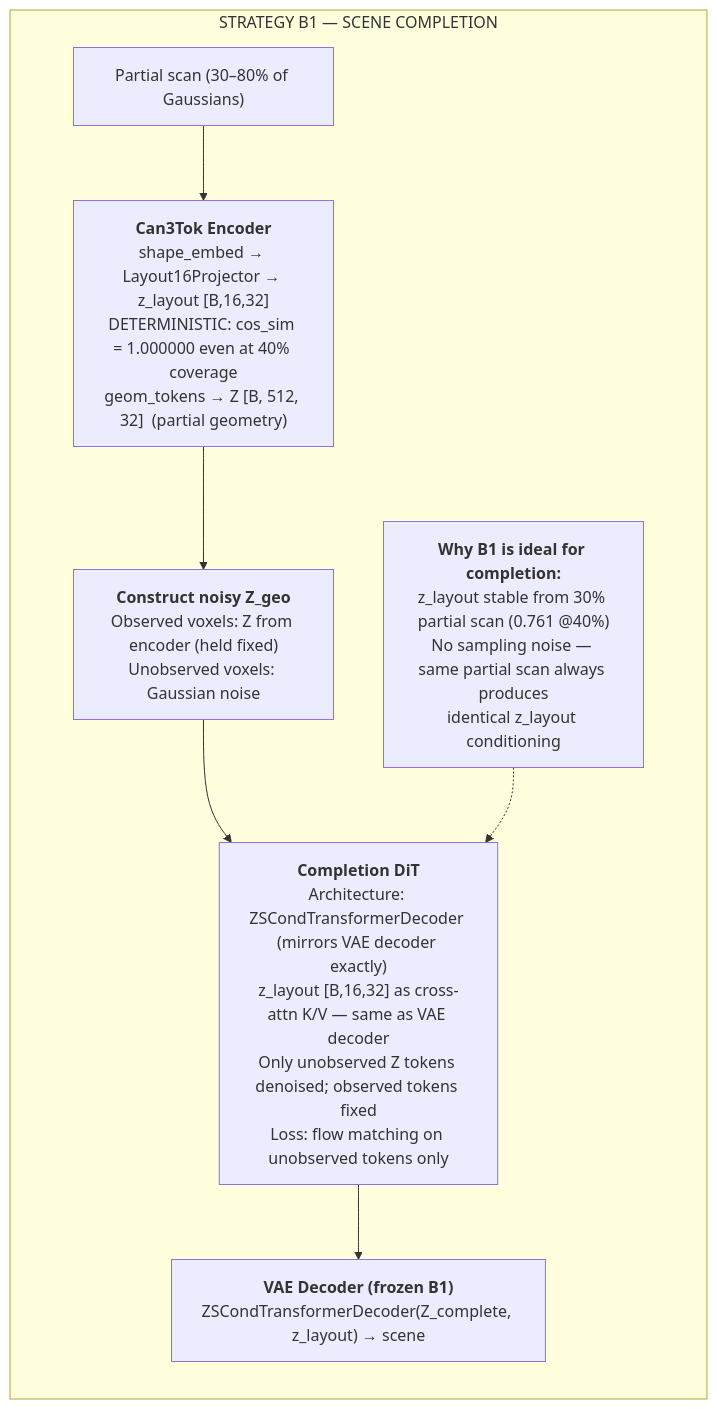
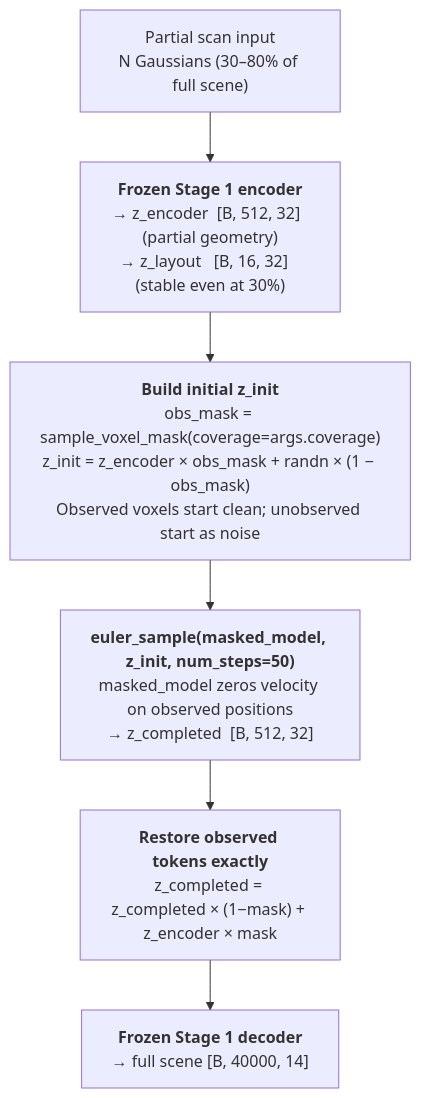
The ninth of 9 diagrams in stage2/README_STAGE2.MD (Hafeezmhk7/Semantic-Scene-Completion), drawn with Mermaid before and after one commit. The commit also changed other lines of this file, not shown here.

Commit message:
Adding readme file for stage 2

````diff
--- a/stage2/README_STAGE2.MD
+++ b/stage2/README_STAGE2.MD
@@ -672,14 +546,16 @@
 ```mermaid
 flowchart TD
-    subgraph B1_COMP["STRATEGY B1 — SCENE COMPLETION"]
-        direction TB
-        PARTIAL_B["Partial scan (30–80% of Gaussians)"]
-        ENC_B["<b>Can3Tok Encoder</b><br/>shape_embed → Layout16Projector → z_layout [B,16,32]<br/>DETERMINISTIC: cos_sim = 1.000000 even at 40% coverage<br/>geom_tokens → Z [B, 512, 32]  (partial geometry)"]
-        MASK_B["<b>Construct noisy Z_geo</b><br/>Observed voxels: Z from encoder (held fixed)<br/>Unobserved voxels: Gaussian noise"]
-        INPAINT_B["<b>Completion DiT</b><br/>Architecture: ZSCondTransformerDecoder (mirrors VAE decoder exactly)<br/>z_layout [B,16,32] as cross-attn K/V — same as VAE decoder<br/>Only unobserved Z tokens denoised; observed tokens fixed<br/>Loss: flow matching on unobserved tokens only"]
-        FULL_B["<b>VAE Decoder (frozen B1)</b><br/>ZSCondTransformerDecoder(Z_complete, z_layout) → scene"]
-        NOTE_B["<b>Why B1 is ideal for completion:</b><br/>z_layout stable from 30% partial scan (0.761 @40%)<br/>No sampling noise — same partial scan always produces<br/>identical z_layout conditioning"]
-        PARTIAL_B --> ENC_B --> MASK_B --> INPAINT_B --> FULL_B
-        NOTE_B -.-> INPAINT_B
-    end
+    SCAN["Partial scan input<br/>N Gaussians (30–80% of full scene)"]
+
+    ENC["<b>Frozen Stage 1 encoder</b><br/>→ z_encoder  [B, 512, 32]  (partial geometry)<br/>→ z_layout   [B, 16, 32]   (stable even at 30%)"]
+
+    MASK["<b>Build initial z_init</b><br/>obs_mask = sample_voxel_mask(coverage=args.coverage)<br/>z_init = z_encoder × obs_mask + randn × (1 − obs_mask)<br/>Observed voxels start clean; unobserved start as noise"]
+
+    EULER["<b>euler_sample(masked_model, z_init, num_steps=50)</b><br/>masked_model zeros velocity on observed positions<br/>→ z_completed  [B, 512, 32]"]
+
+    RESTORE["<b>Restore observed tokens exactly</b><br/>z_completed = z_completed × (1−mask) + z_encoder × mask"]
+
+    DEC["<b>Frozen Stage 1 decoder</b><br/>→ full scene  [B, 40000, 14]"]
+
+    SCAN --> ENC --> MASK --> EULER --> RESTORE --> DEC
 ```
````
